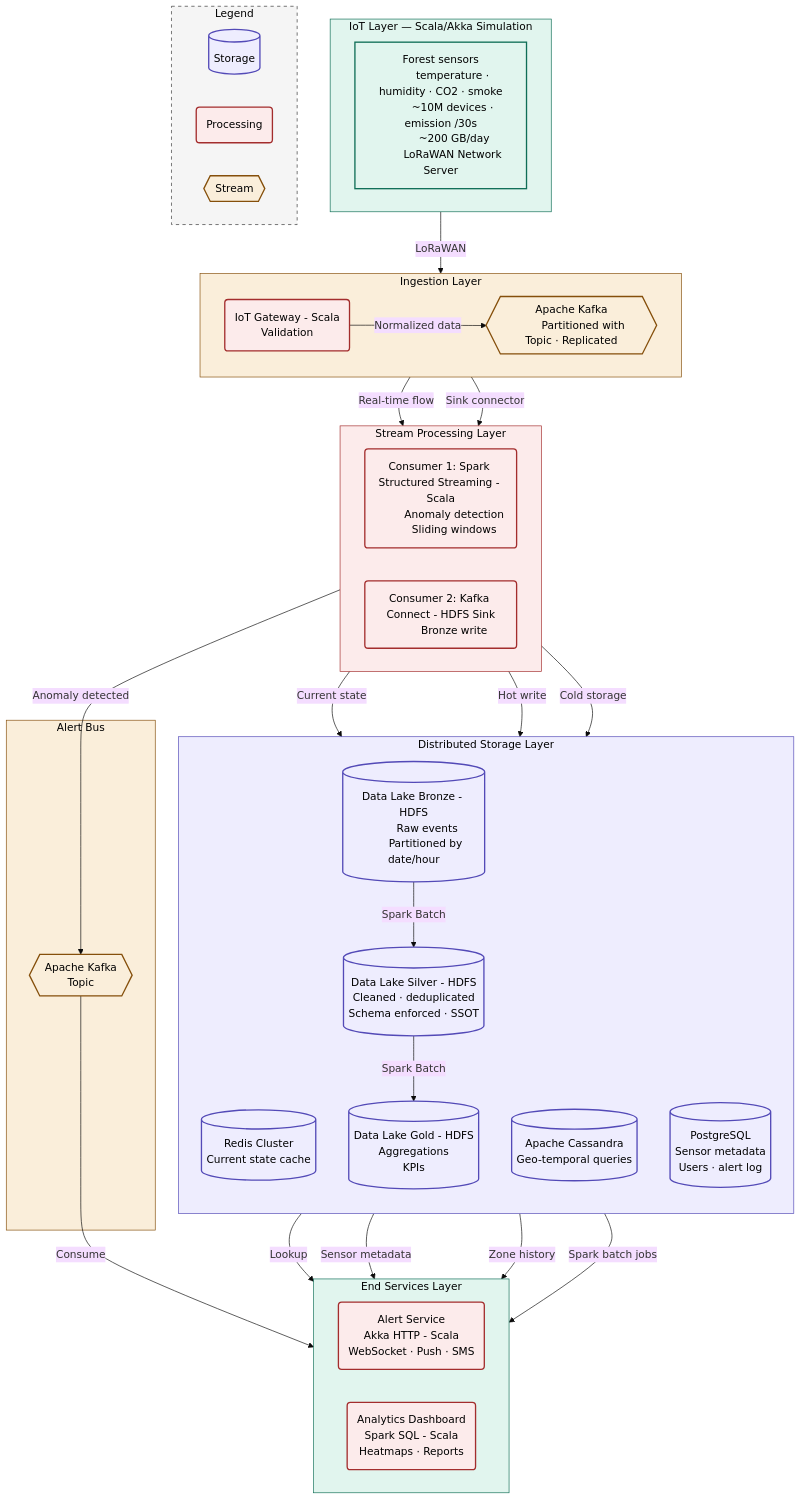
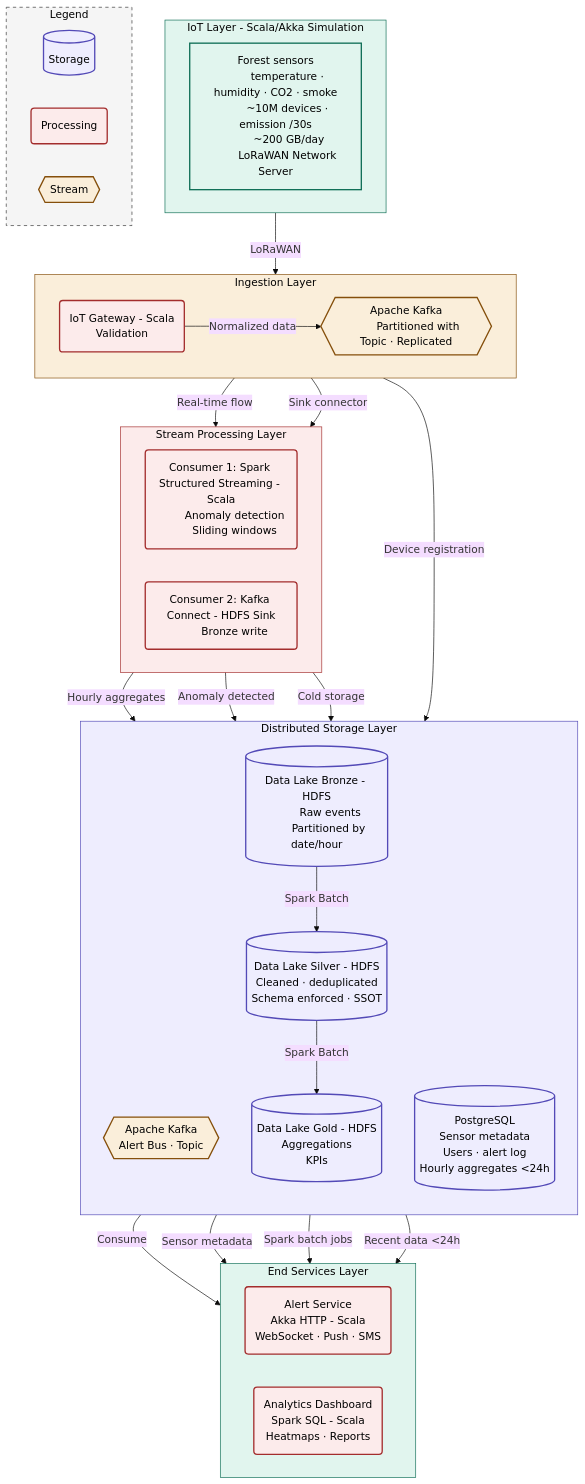
The diagram in README.md (Pauwit/introduction-au-data-engineering), drawn with Mermaid (base theme) before and after one commit. The commit also changed other lines of this file and 2 other files, not shown here.

````diff
--- a/README.md
+++ b/README.md
@@ -80,6 +74,6 @@
 ```mermaid
 flowchart TB
- subgraph IOT["IoT Layer — Scala/Akka Simulation"]
+ subgraph IOT["IoT Layer - Scala/Akka Simulation"]
     direction LR
         GEN["Forest sensors
         temperature · humidity · CO2 · smoke
@@ -102,16 +96,10 @@
         C2K("Consumer 2: Kafka Connect - HDFS Sink
         Bronze write"):::process
   end
- subgraph ALERTBUS["Alert Bus"]
-        KAFKA_ALERT{{"Apache Kafka
-        Topic"}}:::stream
-  end
  subgraph STORAGE["Distributed Storage Layer"]
     direction TB
-        REDIS[("Redis Cluster
-        Current state cache")]:::storage
-        CASSANDRA[("Apache Cassandra
-        Geo-temporal queries")]:::storage
+        KAFKA_ALERT{{"Apache Kafka
+        Alert Bus · Topic"}}:::stream
         BRONZE[("Data Lake Bronze - HDFS
         Raw events
         Partitioned by date/hour")]:::storage
@@ -123,7 +111,8 @@
         KPIs")]:::storage
         PG[("PostgreSQL
         Sensor metadata
-        Users · alert log")]:::storage
+        Users · alert log
+        Hourly aggregates &lt;24h")]:::storage
         BRONZE -- Spark Batch --> SILVER
         SILVER -- Spark Batch --> GOLD
   end
@@ -144,17 +133,16 @@
   end
     GEN -- LoRaWAN --> GW
     GW -- Normalized data --> KAFKA
+    GW -- Device registration --> PG
     KAFKA -- Real-time flow --> C1K
     KAFKA -- Sink connector --> C2K
-    C1K -- Current state --> REDIS
-    C1K -- Hot write --> CASSANDRA
+    C1K -- Hourly aggregates --> PG
     C1K -- Anomaly detected --> KAFKA_ALERT
     C2K -- Cold storage --> BRONZE
     KAFKA_ALERT -- Consume --> ALERT
-    REDIS -- Lookup --> ALERT
     PG -- Sensor metadata --> ALERT
-    CASSANDRA -- Zone history --> ANALYTICS
     GOLD -- Spark batch jobs --> ANALYTICS
+    PG -- Recent data &lt;24h --> ANALYTICS
 
     classDef storage fill:#eeedfe,stroke:#534ab7,stroke-width:2px,color:#000
     classDef process fill:#fcebeb,stroke:#a32d2d,stroke-width:2px,color:#000
@@ -164,7 +152,6 @@
     style IOT fill:#e1f5ee,stroke:#0f6e56,color:#000
     style INGESTION fill:#faeeda,stroke:#854f0b,color:#000
     style PROCESSING fill:#fcebeb,stroke:#a32d2d,color:#000
-    style ALERTBUS fill:#faeeda,stroke:#854f0b,color:#000
     style STORAGE fill:#eeedfe,stroke:#534ab7,color:#000
     style SERVICES fill:#e1f5ee,stroke:#0f6e56,color:#000
     style LEGEND fill:#f5f5f5,stroke:#333,stroke-dasharray: 5 5,color:#000
````
